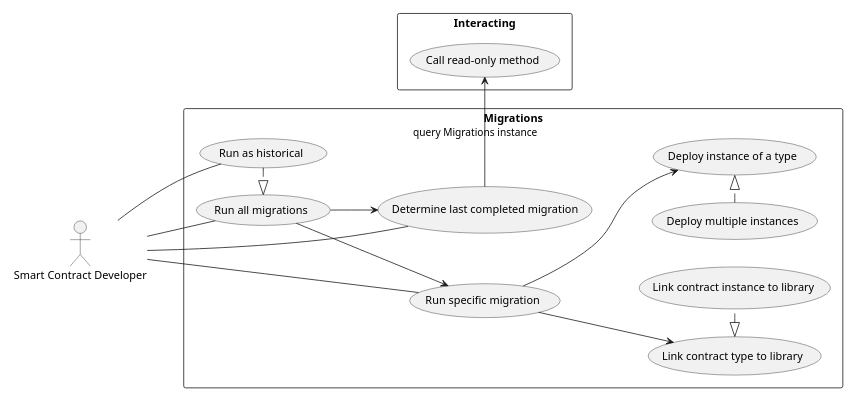
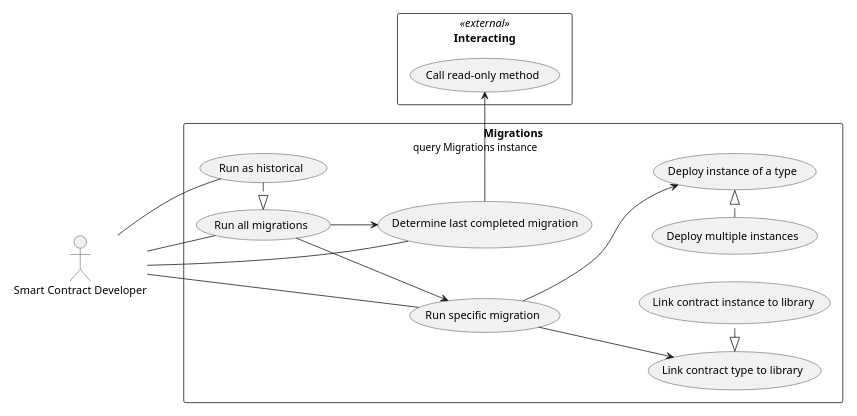
The sixth of 7 diagrams in docs/use-cases.rst (trufflesuite/artifact-updates), drawn with PlantUML before and after one commit. The commit also changed other lines of this file, not shown here.

```diff
--- a/docs/use-cases.rst
+++ b/docs/use-cases.rst
@@ -294,43 +294,43 @@
 .. uml::
 
   scale 0.60
   left to right direction
 
   :Smart Contract Developer: as :Developer:
 
-  rectangle Interacting {
+  rectangle Interacting << external >> {
     (Call read-only method) as (Call)
   }
 
   rectangle Migrations {
     (Run all migrations) as (RunMigrations)
     (Run specific migration) as (RunSpecific)
 
     RunMigrations --> RunSpecific
 
     (Run as historical) as (RunHistorical)
     RunHistorical .|> RunMigrations
 
     (Determine last completed migration) as (DetermineLastCompleted)
 
     DetermineLastCompleted -> Call : query Migrations instance
 
     RunMigrations --> DetermineLastCompleted
 
     (Link contract type to library) as (LinkType)
     (Link contract instance to library) as (LinkInstance)
     LinkInstance .left.|> LinkType
 
     RunSpecific --> LinkType
 
     (Deploy instance of a type) as (DeployInstance)
     (Deploy multiple instances) as (MultipleInstances)
     MultipleInstances .|> DeployInstance
 
     RunSpecific --> DeployInstance
   }
 
   Developer -- RunMigrations
   Developer -- RunSpecific
   Developer -- RunHistorical
   Developer -- DetermineLastCompleted
```
